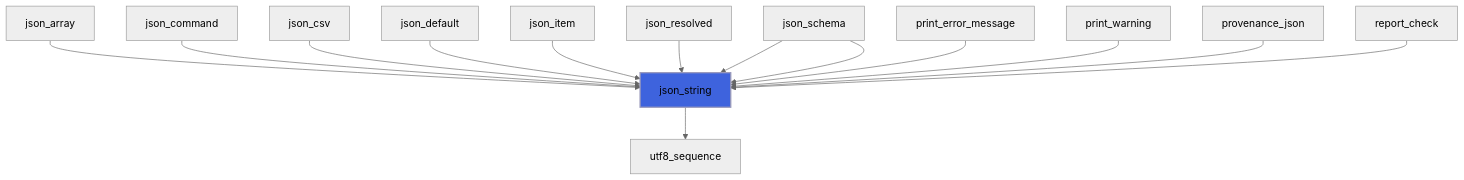
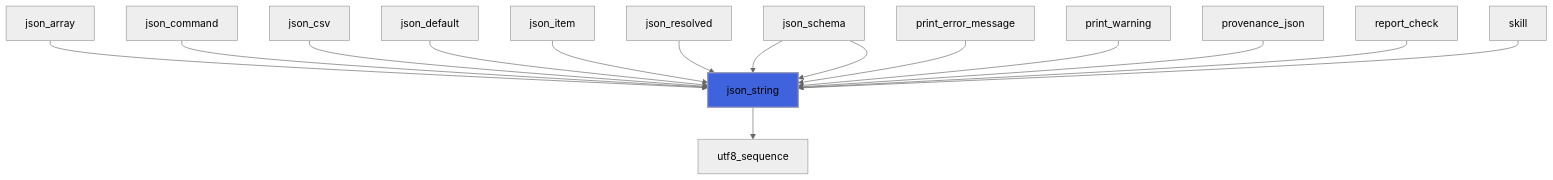
One commit to szaghi/FLAP changed diagram 17 of 26 in docs/api/src/lib/flap_utils_m.md. Above: the diagram before and after it, drawn with Mermaid (neutral theme). The commit also changed other lines of this file and 10 other files, not shown here.

````diff
--- a/docs/api/src/lib/flap_utils_m.md
+++ b/docs/api/src/lib/flap_utils_m.md
@@ -594,17 +623,18 @@
 ```mermaid
 flowchart TD
   json_array["json_array"] --> json_string["json_string"]
   json_command["json_command"] --> json_string["json_string"]
   json_csv["json_csv"] --> json_string["json_string"]
   json_default["json_default"] --> json_string["json_string"]
   json_item["json_item"] --> json_string["json_string"]
   json_resolved["json_resolved"] --> json_string["json_string"]
   json_schema["json_schema"] --> json_string["json_string"]
   json_schema["json_schema"] --> json_string["json_string"]
   print_error_message["print_error_message"] --> json_string["json_string"]
   print_warning["print_warning"] --> json_string["json_string"]
   provenance_json["provenance_json"] --> json_string["json_string"]
   report_check["report_check"] --> json_string["json_string"]
+  skill["skill"] --> json_string["json_string"]
   json_string["json_string"] --> utf8_sequence["utf8_sequence"]
   style json_string fill:#3e63dd,stroke:#99b,stroke-width:2px
 ```
````
